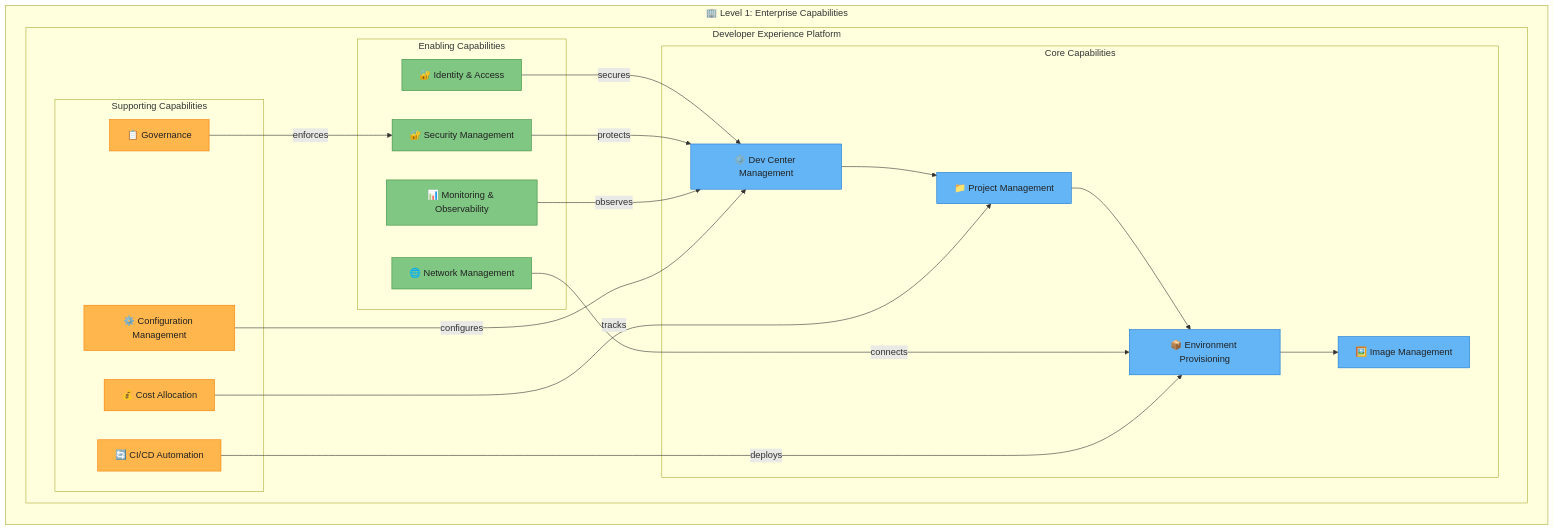
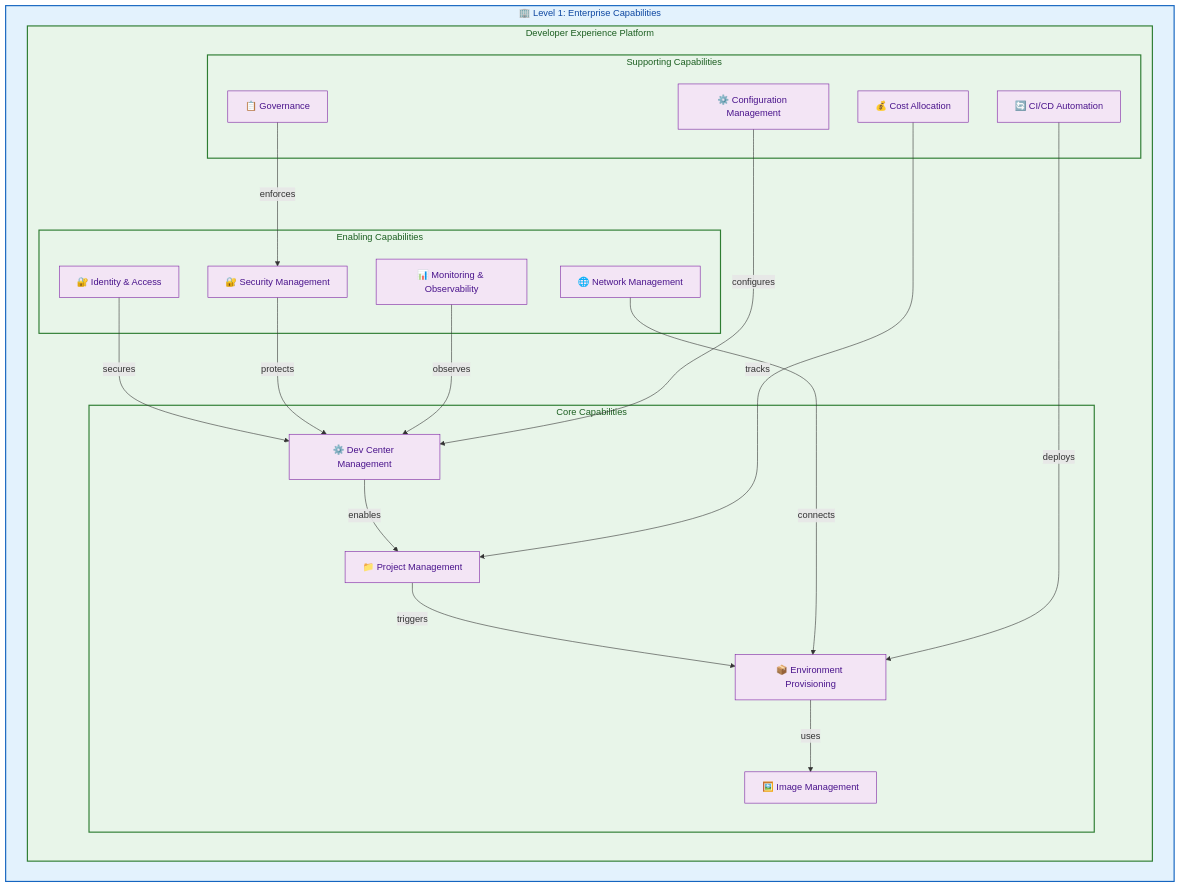
Before and after one commit to Evilazaro/DevExp-DevBox: the second of 5 diagrams in docs/architecture/Business.md, drawn with Mermaid. The commit also changed other lines of this file, not shown here.

Commit message:
docs: refine Business Architecture diagrams with improved clarity, consistent naming, and enhanced styling

````diff
--- a/docs/architecture/Business.md
+++ b/docs/architecture/Business.md
@@ -148,54 +145,51 @@
 ```mermaid
 flowchart TB
-    direction TB
-
-    subgraph level1["🏢 Level 1: Enterprise Capabilities"]
-        direction TB
-        subgraph devExpPlatform["Developer Experience Platform"]
-            direction LR
-
-            subgraph coreCapabilities["Core Capabilities"]
-                devCenterMgmt["⚙️ Dev Center Management"]
-                projectMgmt["📁 Project Management"]
-                envProvisioning["📦 Environment Provisioning"]
-                imageMgmt["🖼️ Image Management"]
+    subgraph Level1["🏢 Level 1: Enterprise Capabilities"]
+        subgraph DevExpPlatform["Developer Experience Platform"]
+            subgraph CoreCapabilities["Core Capabilities"]
+                DCM["⚙️ Dev Center Management"]
+                PJM["📁 Project Management"]
+                ENV["📦 Environment Provisioning"]
+                IMG["🖼️ Image Management"]
             end
 
-            subgraph enablingCapabilities["Enabling Capabilities"]
-                identityAccess["🔐 Identity & Access"]
-                securityMgmt["🔐 Security Management"]
-                networkMgmt["🌐 Network Management"]
-                monitoring["📊 Monitoring & Observability"]
+            subgraph EnablingCapabilities["Enabling Capabilities"]
+                IAM["🔐 Identity & Access"]
+                SCM["🔐 Security Management"]
+                NET["🌐 Network Management"]
+                MON["📊 Monitoring & Observability"]
             end
 
-            subgraph supportingCapabilities["Supporting Capabilities"]
-                cicdAutomation["🔄 CI/CD Automation"]
-                configMgmt["⚙️ Configuration Management"]
-                costAllocation["💰 Cost Allocation"]
-                governance["📋 Governance"]
+            subgraph SupportingCapabilities["Supporting Capabilities"]
+                CICD["🔄 CI/CD Automation"]
+                CFG["⚙️ Configuration Management"]
+                COST["💰 Cost Allocation"]
+                GOV["📋 Governance"]
             end
         end
     end
 
-    devCenterMgmt --> projectMgmt
-    projectMgmt --> envProvisioning
-    envProvisioning --> imageMgmt
+    DCM -->|"enables"| PJM
+    PJM -->|"triggers"| ENV
+    ENV -->|"uses"| IMG
 
-    identityAccess -->|"secures"| devCenterMgmt
-    securityMgmt -->|"protects"| devCenterMgmt
-    networkMgmt -->|"connects"| envProvisioning
-    monitoring -->|"observes"| devCenterMgmt
+    IAM -->|"secures"| DCM
+    SCM -->|"protects"| DCM
+    NET -->|"connects"| ENV
+    MON -->|"observes"| DCM
 
-    cicdAutomation -->|"deploys"| envProvisioning
-    configMgmt -->|"configures"| devCenterMgmt
-    costAllocation -->|"tracks"| projectMgmt
-    governance -->|"enforces"| securityMgmt
+    CICD -->|"deploys"| ENV
+    CFG -->|"configures"| DCM
+    COST -->|"tracks"| PJM
+    GOV -->|"enforces"| SCM
 
-    classDef coreCapability fill:#64B5F6,stroke:#1976D2,color:#212121
-    classDef enablingCapability fill:#81C784,stroke:#388E3C,color:#212121
-    classDef supportCapability fill:#FFB74D,stroke:#F57C00,color:#212121
+    %% Style Definitions
+    classDef L0 fill:#E3F2FD,stroke:#1565C0,stroke-width:2px,color:#0D47A1
+    classDef L1 fill:#E8F5E9,stroke:#2E7D32,stroke-width:2px,color:#1B5E20
+    classDef L2 fill:#FFF3E0,stroke:#EF6C00,stroke-width:1px,color:#E65100
+    classDef L3 fill:#F3E5F5,stroke:#7B1FA2,stroke-width:1px,color:#4A148C
 
-    class devCenterMgmt,projectMgmt,envProvisioning,imageMgmt coreCapability
-    class identityAccess,securityMgmt,networkMgmt,monitoring enablingCapability
-    class cicdAutomation,configMgmt,costAllocation,governance supportCapability
+    class Level1 L0
+    class DevExpPlatform,CoreCapabilities,EnablingCapabilities,SupportingCapabilities L1
+    class DCM,PJM,ENV,IMG,IAM,SCM,NET,MON,CICD,CFG,COST,GOV L3
 ```
````
